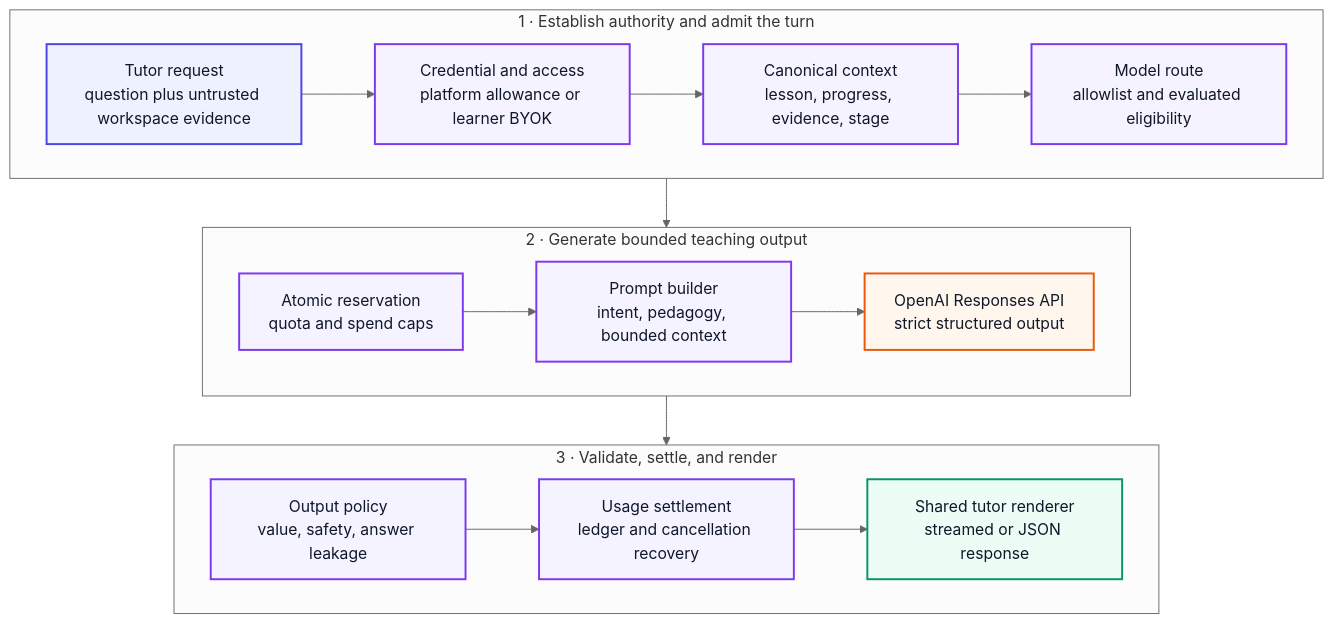
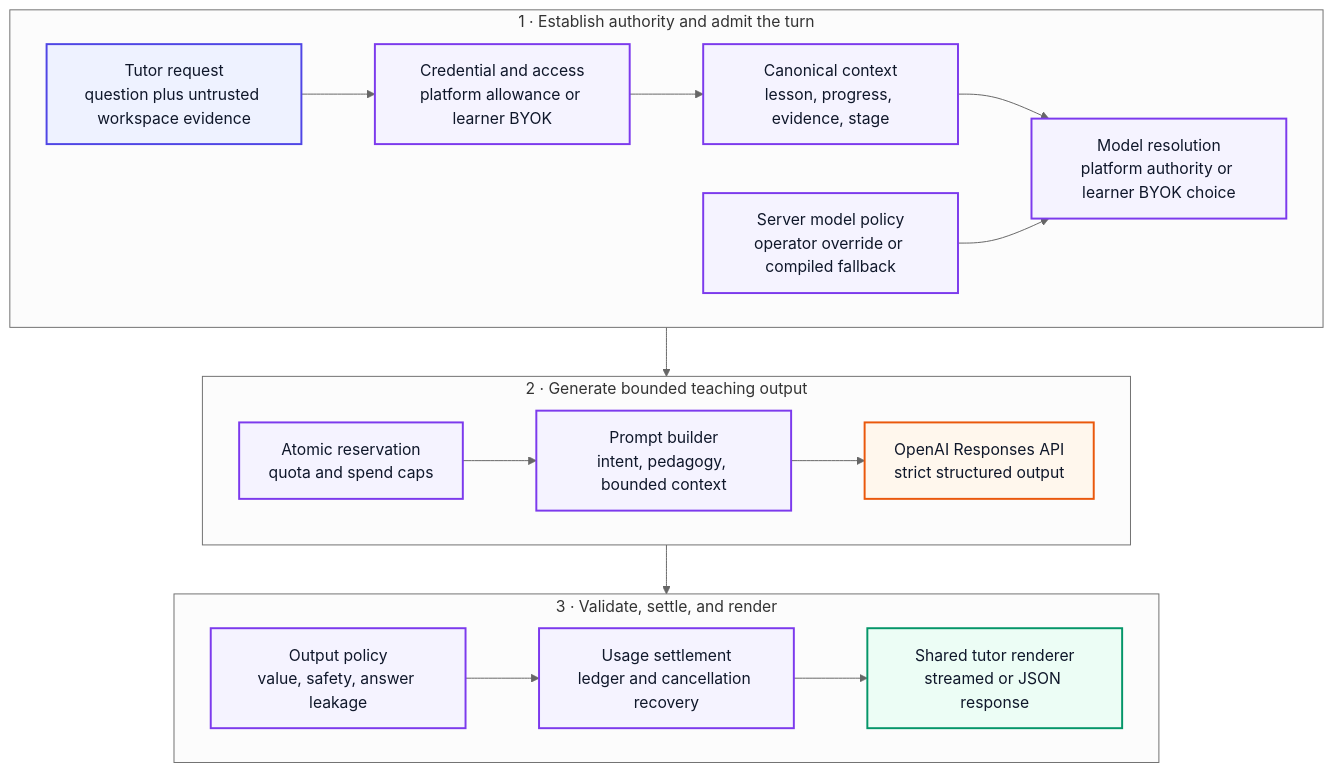
The sixth of 7 diagrams in docs/ARCHITECTURE.md (msrivas-7/CodeTutor-AI), drawn with Mermaid (neutral theme) before and after one commit. The commit also changed other lines of this file and 41 other files, not shown here.

First line of the commit message:
feat: centralize platform Tutor model control (#28)

````diff
--- a/docs/ARCHITECTURE.md
+++ b/docs/ARCHITECTURE.md
@@ -311,42 +311,44 @@
 ```mermaid
 %%{init: {"flowchart":{"curve":"basis","htmlLabels":true}}}%%
 flowchart TB
   accTitle: Contextual tutor request pipeline
   accDescr: Shows authority and admission, bounded model generation, output policy, usage settlement, and shared response rendering.
   subgraph admission["1 · Establish authority and admit the turn"]
     direction LR
     request["Tutor request<br/>question plus untrusted workspace evidence"]
     authz["Credential and access<br/>platform allowance or learner BYOK"]
     context["Canonical context<br/>lesson, progress, evidence, stage"]
-    route["Model route<br/>allowlist and evaluated eligibility"]
+    modelPolicy["Server model policy<br/>operator override or compiled fallback"]
+    route["Model resolution<br/>platform authority or learner BYOK choice"]
     request --> authz --> context --> route
+    modelPolicy --> route
   end
 
   subgraph generation["2 · Generate bounded teaching output"]
     direction LR
     reserve["Atomic reservation<br/>quota and spend caps"]
     prompt["Prompt builder<br/>intent, pedagogy, bounded context"]
     model["OpenAI Responses API<br/>strict structured output"]
     reserve --> prompt --> model
   end
 
   subgraph delivery["3 · Validate, settle, and render"]
     direction LR
     policy["Output policy<br/>value, safety, answer leakage"]
     settle["Usage settlement<br/>ledger and cancellation recovery"]
     render["Shared tutor renderer<br/>streamed or JSON response"]
     policy --> settle --> render
   end
 
   route --> reserve
   model --> policy
 
   classDef input fill:#eef2ff,stroke:#4f46e5,color:#0f172a,stroke-width:2px;
   classDef authority fill:#f5f3ff,stroke:#7c3aed,color:#0f172a,stroke-width:2px;
   classDef provider fill:#fff7ed,stroke:#ea580c,color:#0f172a,stroke-width:2px;
   classDef result fill:#ecfdf5,stroke:#059669,color:#0f172a,stroke-width:2px;
   class request input;
-  class authz,context,route,reserve,prompt,policy,settle authority;
+  class authz,context,modelPolicy,route,reserve,prompt,policy,settle authority;
   class model provider;
   class render result;
 ```
````
